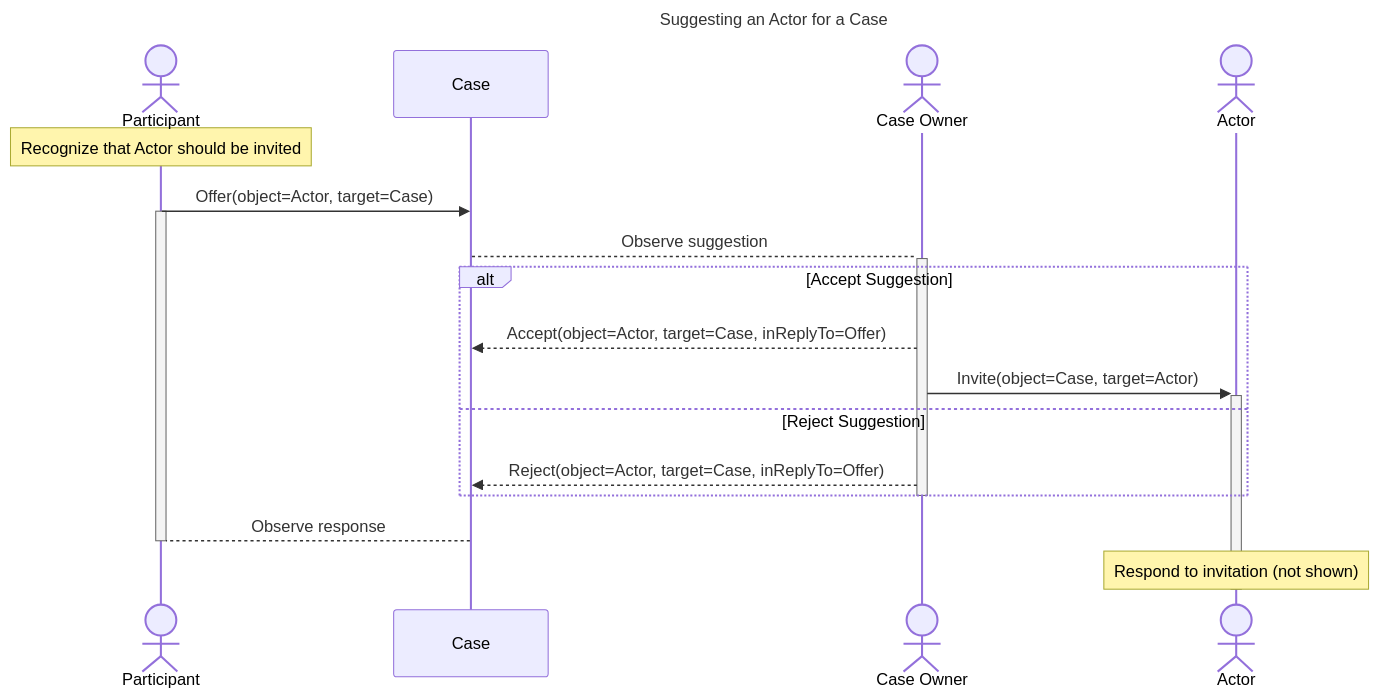
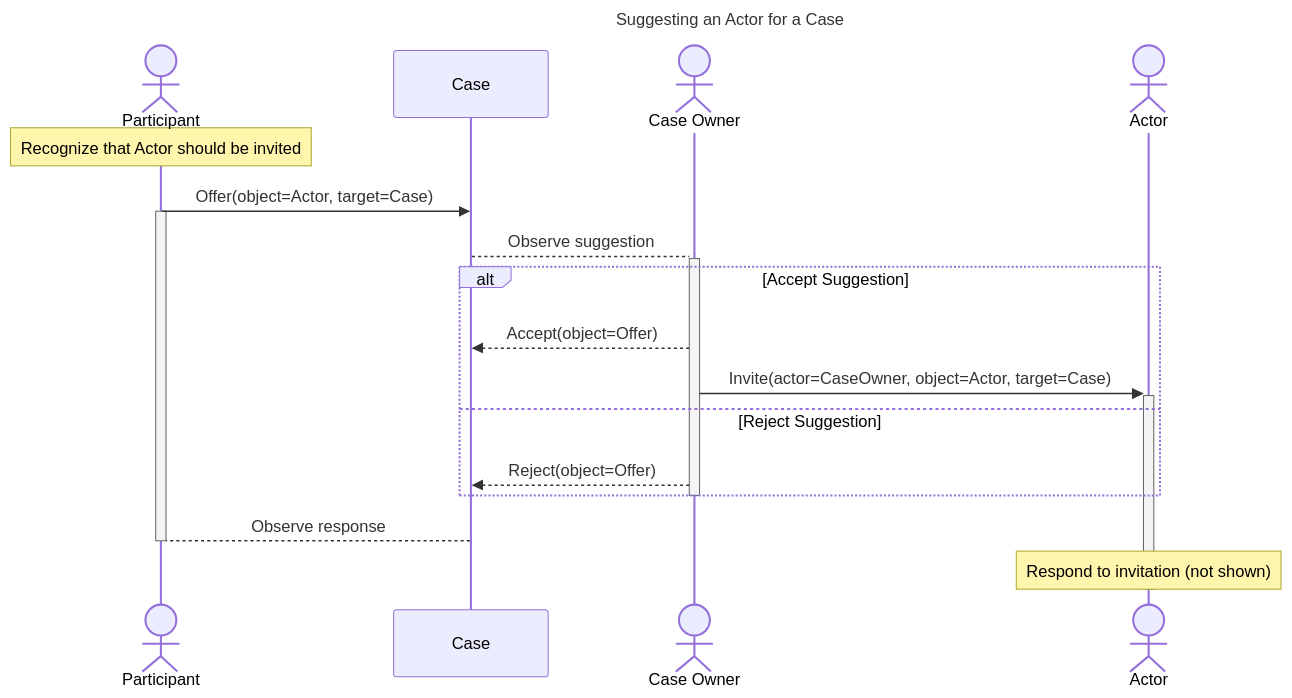
The diagram in docs/howto/activitypub/activities/suggest_actor.md (CERTCC/Vultron), drawn with Mermaid before and after one commit. The commit also changed 6 other files, not shown here.

First line of the commit message:
fix: accept the offer, not the offered object

````diff
--- a/docs/howto/activitypub/activities/suggest_actor.md
+++ b/docs/howto/activitypub/activities/suggest_actor.md
@@ -45,25 +45,25 @@
 ```mermaid
 ---
 title: Suggesting an Actor for a Case
 ---
 sequenceDiagram
     actor A as Participant
     participant C as Case
     actor B as Case Owner
     actor D as Actor 
     Note over A: Recognize that Actor should be invited
     A ->> C: Offer(object=Actor, target=Case)
     activate A
     C -->+ B: Observe suggestion
     alt Accept Suggestion
-        B -->> C: Accept(object=Actor, target=Case, inReplyTo=Offer)
-        B ->>+ D: Invite(object=Case, target=Actor)
+        B -->> C: Accept(object=Offer)
+        B ->>+ D: Invite(actor=CaseOwner, object=Actor, target=Case)
     else Reject Suggestion
-        B -->> C: Reject(object=Actor, target=Case, inReplyTo=Offer)
+        B -->> C: Reject(object=Offer)
     end
     deactivate B
     C --> A: Observe response
     deactivate A
     note over D: Respond to invitation (not shown)
     deactivate D
 ```
````
